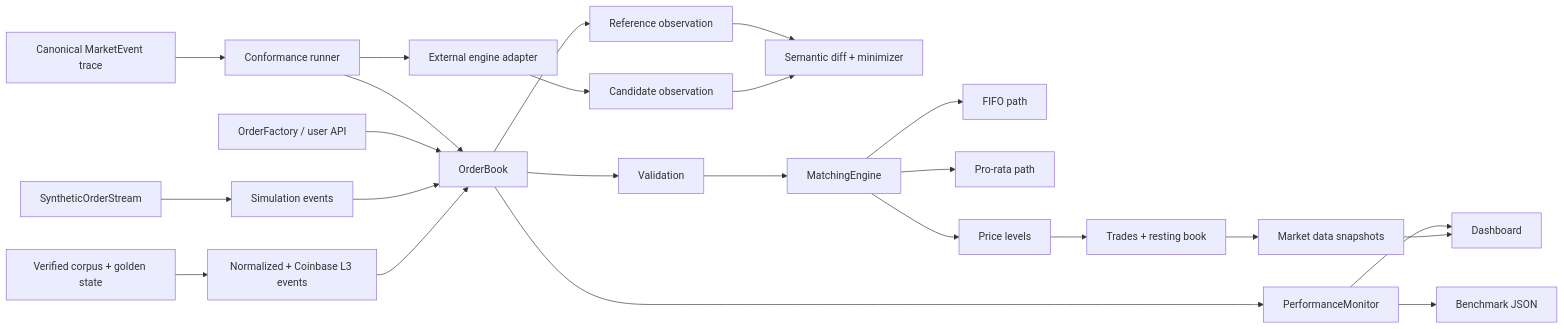
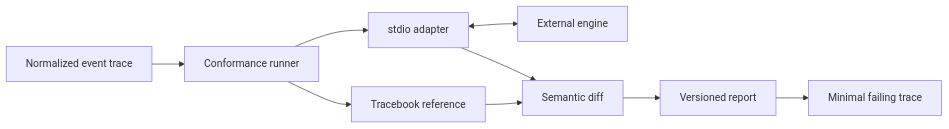
One commit to Taz33m/tracebook changed the diagram in README.md. Above: the diagram before and after it, drawn with Mermaid. The commit also changed other lines of this file and 21 other files, not shown here.

Commit message:
feat: add real external-engine integration

````diff
--- a/README.md
+++ b/README.md
@@ -131,26 +177,11 @@
 ```mermaid
 flowchart LR
-    P["Canonical MarketEvent trace"] --> Q["Conformance runner"]
-    Q --> B
-    Q --> R["External engine adapter"]
-    B --> S["Reference observation"]
-    R --> T["Candidate observation"]
-    S --> U["Semantic diff + minimizer"]
-    T --> U
-    A["OrderFactory / user API"] --> B["OrderBook"]
-    B --> C["Validation"]
-    C --> D["MatchingEngine"]
-    D --> E1["FIFO path"]
-    D --> E2["Pro-rata path"]
-    D --> F["Price levels"]
-    F --> G["Trades + resting book"]
-    G --> H["Market data snapshots"]
-    I["SyntheticOrderStream"] --> J["Simulation events"]
-    J --> B
-    N["Normalized + Coinbase L3 events"] --> B
-    O["Verified corpus + golden state"] --> N
-    B --> K["PerformanceMonitor"]
-    K --> L["Benchmark JSON"]
-    K --> M["Dashboard"]
-    H --> M
+    T["Normalized event trace"] --> R["Conformance runner"]
+    R --> O["Tracebook reference"]
+    R --> A["stdio adapter"]
+    A <--> E["External engine"]
+    O --> D["Semantic diff"]
+    A --> D
+    D --> P["Versioned report"]
+    P --> M["Minimal failing trace"]
 ```
````
